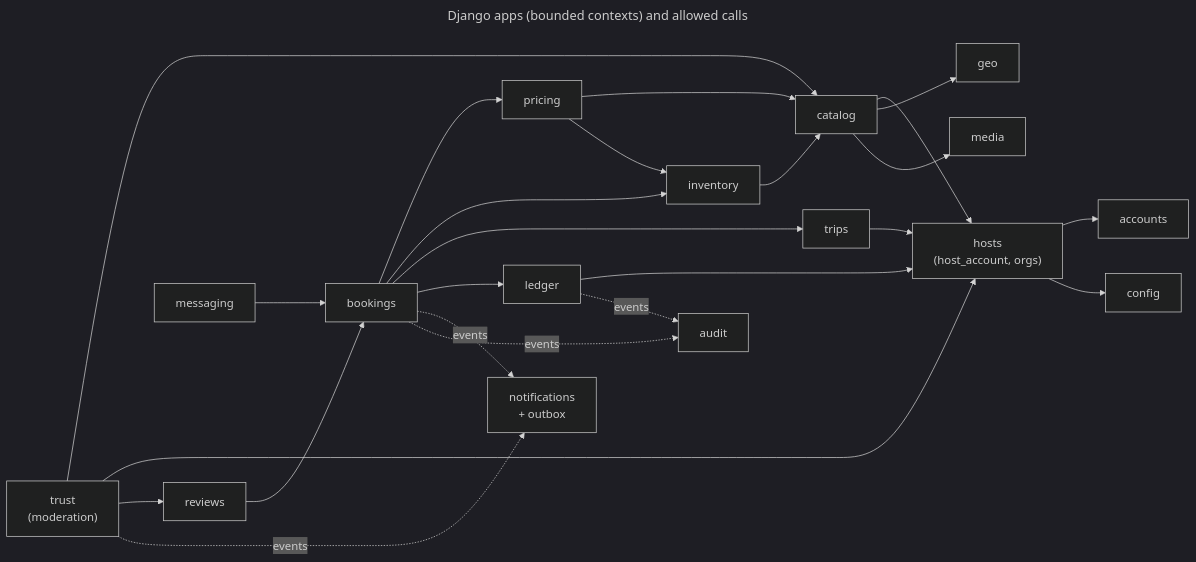
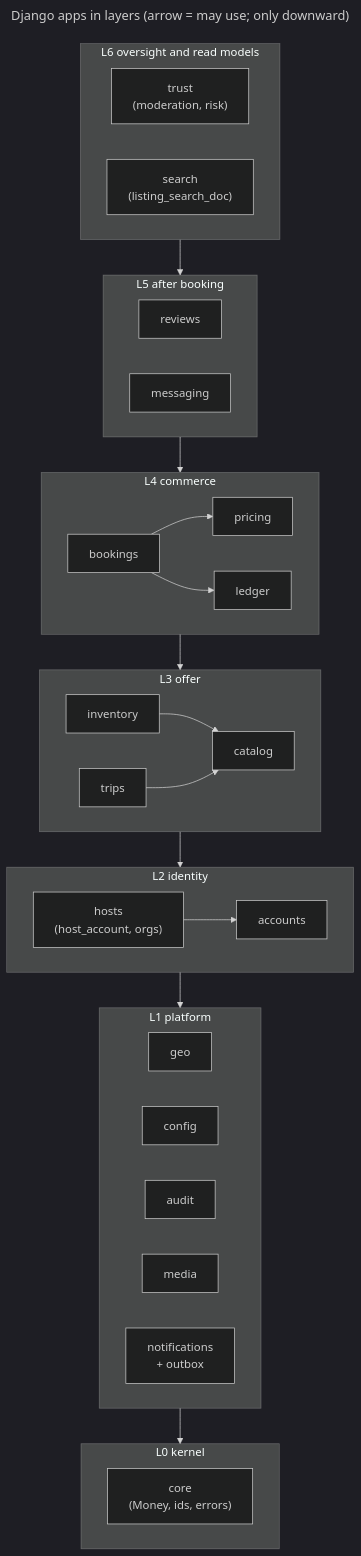
The diagram in docs/backend/diagrams/03-django-apps.mmd (med-amine-ok/darna), drawn with Mermaid (dark theme) before and after one commit. The commit also changed 340 other files, not shown here.

```diff
--- a/docs/backend/diagrams/03-django-apps.mmd
+++ b/docs/backend/diagrams/03-django-apps.mmd
@@ -1,43 +1,34 @@
 ---
-title: Django apps (bounded contexts) and allowed calls
+title: "Django apps in layers (arrow = may use; only downward)"
 ---
-flowchart LR
-    accounts["accounts"]
-    hosts["hosts<br/>(host_account, orgs)"]
-    geo["geo"]
-    catalog["catalog"]
-    inventory["inventory"]
-    trips["trips"]
-    pricing["pricing"]
-    bookings["bookings"]
-    ledger["ledger"]
-    reviews["reviews"]
-    messaging["messaging"]
-    notifications["notifications<br/>+ outbox"]
-    media["media"]
-    trust["trust<br/>(moderation)"]
-    config["config"]
-    audit["audit"]
-    hosts --> accounts
-    catalog --> hosts
-    catalog --> geo
-    catalog --> media
-    inventory --> catalog
-    trips --> hosts
-    pricing --> catalog
-    pricing --> inventory
-    bookings --> pricing
-    bookings --> inventory
-    bookings --> trips
-    bookings --> ledger
-    ledger --> hosts
-    reviews --> bookings
-    messaging --> bookings
-    trust --> catalog
-    trust --> hosts
-    trust --> reviews
-    hosts --> config
-    bookings -. "events" .-> notifications
-    trust -. "events" .-> notifications
-    bookings -. "events" .-> audit
-    ledger -. "events" .-> audit
+flowchart TB
+    subgraph L6["L6 oversight and read models"]
+        trust["trust<br/>(moderation, risk)"]
+        search["search<br/>(listing_search_doc)"]
+    end
+    subgraph L5["L5 after booking"]
+        reviews["reviews"]
+        messaging["messaging"]
+    end
+    subgraph L4["L4 commerce"]
+        bookings["bookings"] --> pricing["pricing"]
+        bookings --> ledger["ledger"]
+    end
+    subgraph L3["L3 offer"]
+        inventory["inventory"] --> catalog["catalog"]
+        trips["trips"] --> catalog
+    end
+    subgraph L2["L2 identity"]
+        hosts["hosts<br/>(host_account, orgs)"] --> accounts["accounts"]
+    end
+    subgraph L1["L1 platform"]
+        geo["geo"]
+        config["config"]
+        audit["audit"]
+        media["media"]
+        notifications["notifications<br/>+ outbox"]
+    end
+    subgraph L0["L0 kernel"]
+        core["core<br/>(Money, ids, errors)"]
+    end
+    L6 --> L5 --> L4 --> L3 --> L2 --> L1 --> L0
```
